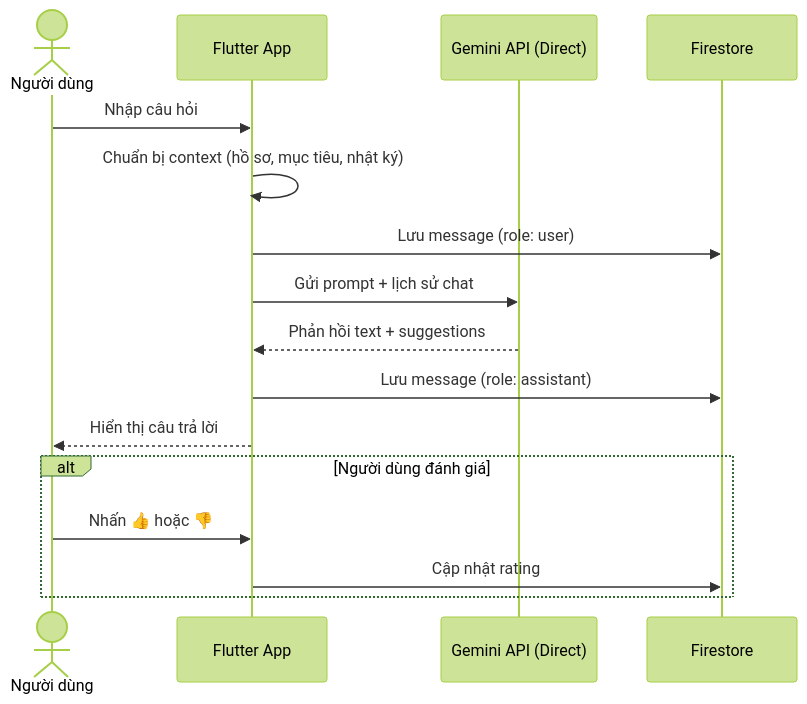
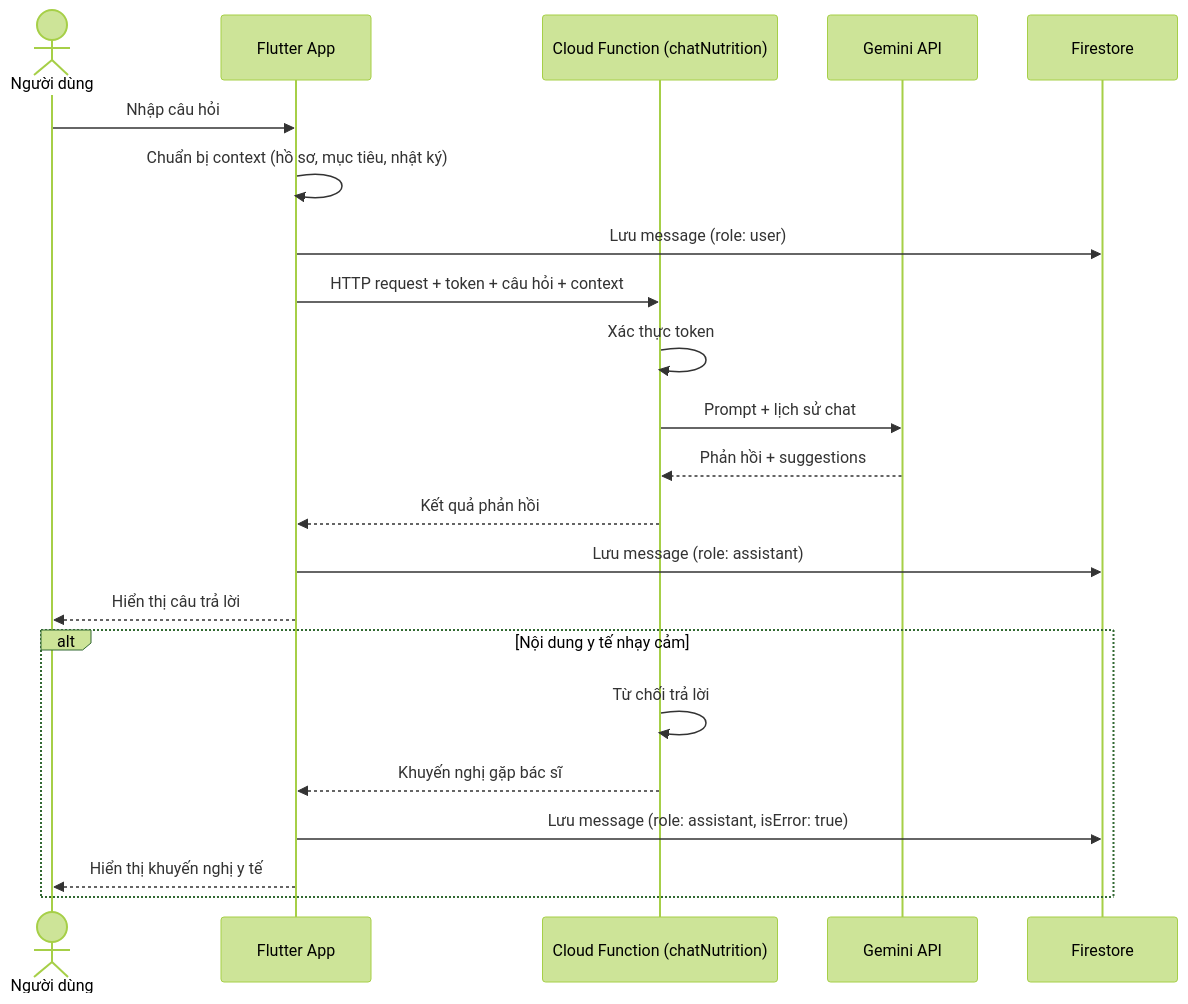
One commit to khanhcy/SmartNutri changed the diagram in bao-cao/report/assets/diagrams/uc09_chatbot_sequence.mmd. Above: the diagram before and after it, drawn with Mermaid (forest theme). The commit also changed 37 other files, not shown here.

```diff
--- a/bao-cao/report/assets/diagrams/uc09_chatbot_sequence.mmd
+++ b/bao-cao/report/assets/diagrams/uc09_chatbot_sequence.mmd
@@ -1,17 +1,23 @@
 sequenceDiagram
     actor User as Người dùng
     participant App as Flutter App
-    participant API as Gemini API (Direct)
+    participant CF as Cloud Function (chatNutrition)
+    participant Gemini as Gemini API
     participant FS as Firestore
 
     User->>App: Nhập câu hỏi
     App->>App: Chuẩn bị context (hồ sơ, mục tiêu, nhật ký)
     App->>FS: Lưu message (role: user)
-    App->>API: Gửi prompt + lịch sử chat
-    API-->>App: Phản hồi text + suggestions
+    App->>CF: HTTP request + token + câu hỏi + context
+    CF->>CF: Xác thực token
+    CF->>Gemini: Prompt + lịch sử chat
+    Gemini-->>CF: Phản hồi + suggestions
+    CF-->>App: Kết quả phản hồi
     App->>FS: Lưu message (role: assistant)
     App-->>User: Hiển thị câu trả lời
-    alt Người dùng đánh giá
-        User->>App: Nhấn 👍 hoặc 👎
-        App->>FS: Cập nhật rating
+    alt Nội dung y tế nhạy cảm
+        CF->>CF: Từ chối trả lời
+        CF-->>App: Khuyến nghị gặp bác sĩ
+        App->>FS: Lưu message (role: assistant, isError: true)
+        App-->>User: Hiển thị khuyến nghị y tế
     end
```
